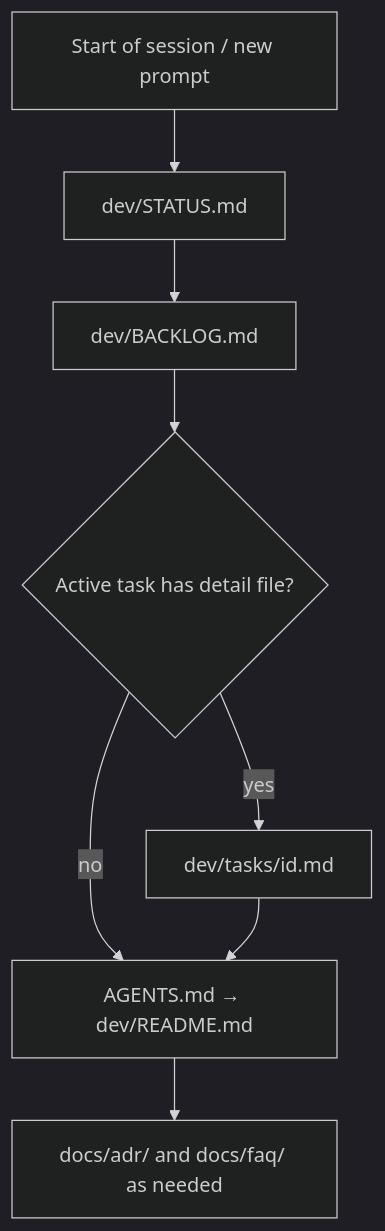
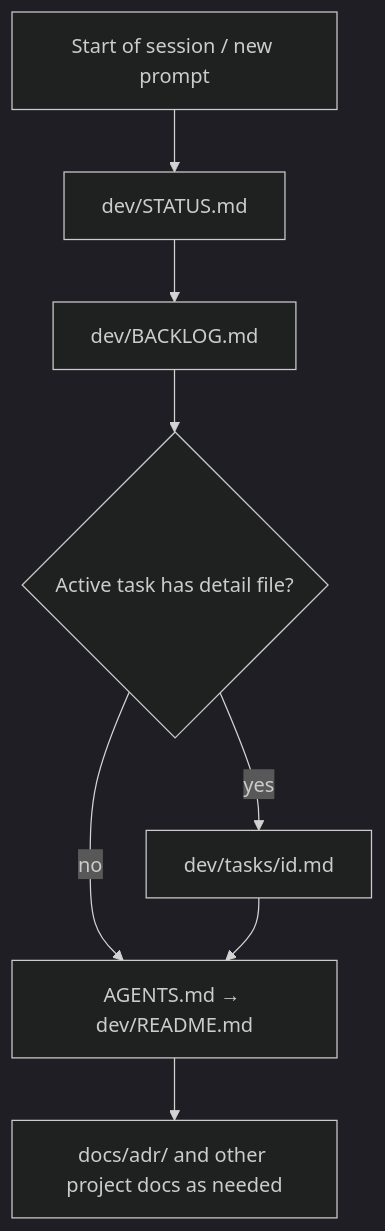
One commit to ruslanbes/md-harness changed the second of 5 diagrams in README.md. Above: the diagram before and after it, drawn with Mermaid (dark theme). The commit also changed other lines of this file and 15 other files, not shown here.

````diff
--- a/README.md
+++ b/README.md
@@ -127,10 +124,10 @@
 ```mermaid
 flowchart TD
   Start[Start of session / new prompt] --> S[dev/STATUS.md]
   S --> B[dev/BACKLOG.md]
   B --> TD{Active task has detail file?}
   TD -->|yes| Task[dev/tasks/id.md]
   TD -->|no| Rules[AGENTS.md → dev/README.md]
   Task --> Rules
-  Rules --> ADR[docs/adr/ and docs/faq/ as needed]
+  Rules --> ADR[docs/adr/ and other project docs as needed]
 ```
````
